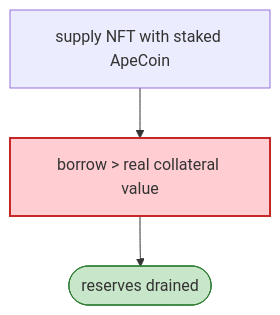
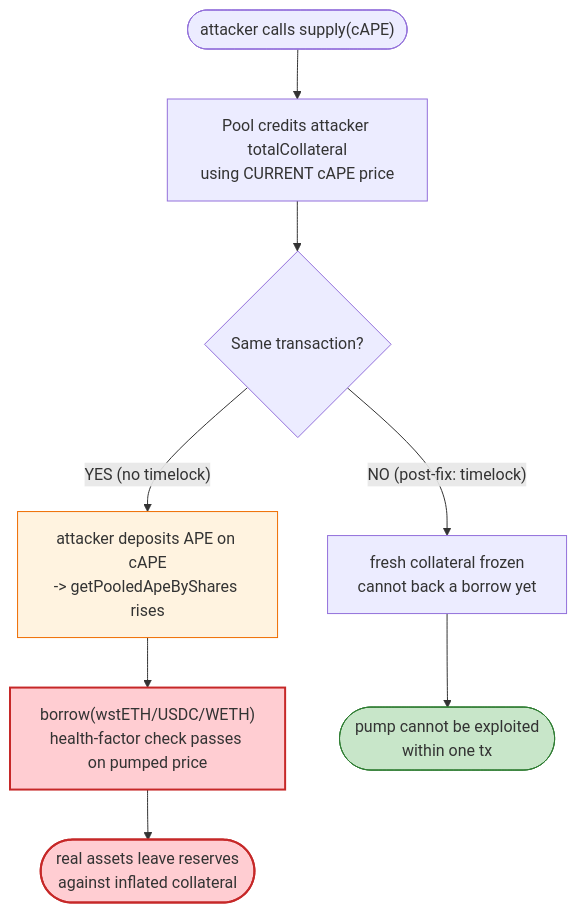
One commit to sanbir/evm-hack-registry changed the third of 4 diagrams in 2023-03-paraspace_exp/paraspace_exp.md. Above: the diagram before and after it, drawn with Mermaid. The commit also changed other lines of this file and 52 other files, not shown here.

````diff
--- a/2023-03-paraspace_exp/paraspace_exp.md
+++ b/2023-03-paraspace_exp/paraspace_exp.md
@@ -37,8 +376,15 @@
 ```mermaid
 flowchart TD
-    S["supply NFT with staked ApeCoin"] --> B["borrow > real collateral value"]
-    B --> OUT(["reserves drained"])
+    Start(["attacker calls supply(cAPE)"]) --> Credit["Pool credits attacker totalCollateral<br/>using CURRENT cAPE price"]
+    Credit --> SameTx{"Same transaction?"}
+    SameTx -- "YES (no timelock)" --> Pump["attacker deposits APE on cAPE<br/>-> getPooledApeByShares rises"]
+    Pump --> Borrow["borrow(wstETH/USDC/WETH)<br/>health-factor check passes on pumped price"]
+    Borrow --> Drain(["real assets leave reserves<br/>against inflated collateral"])
+    SameTx -- "NO (post-fix: timelock)" --> Block["fresh collateral frozen<br/>cannot back a borrow yet"]
+    Block --> Safe(["pump cannot be exploited<br/>within one tx"])
 
-    style B fill:#ffcdd2,stroke:#c62828,stroke-width:2px
-    style OUT fill:#c8e6c9,stroke:#2e7d32
+    style Pump fill:#fff3e0,stroke:#ef6c00
+    style Borrow fill:#ffcdd2,stroke:#c62828,stroke-width:2px
+    style Drain fill:#ffcdd2,stroke:#c62828,stroke-width:2px
+    style Safe fill:#c8e6c9,stroke:#2e7d32
 ```
````
